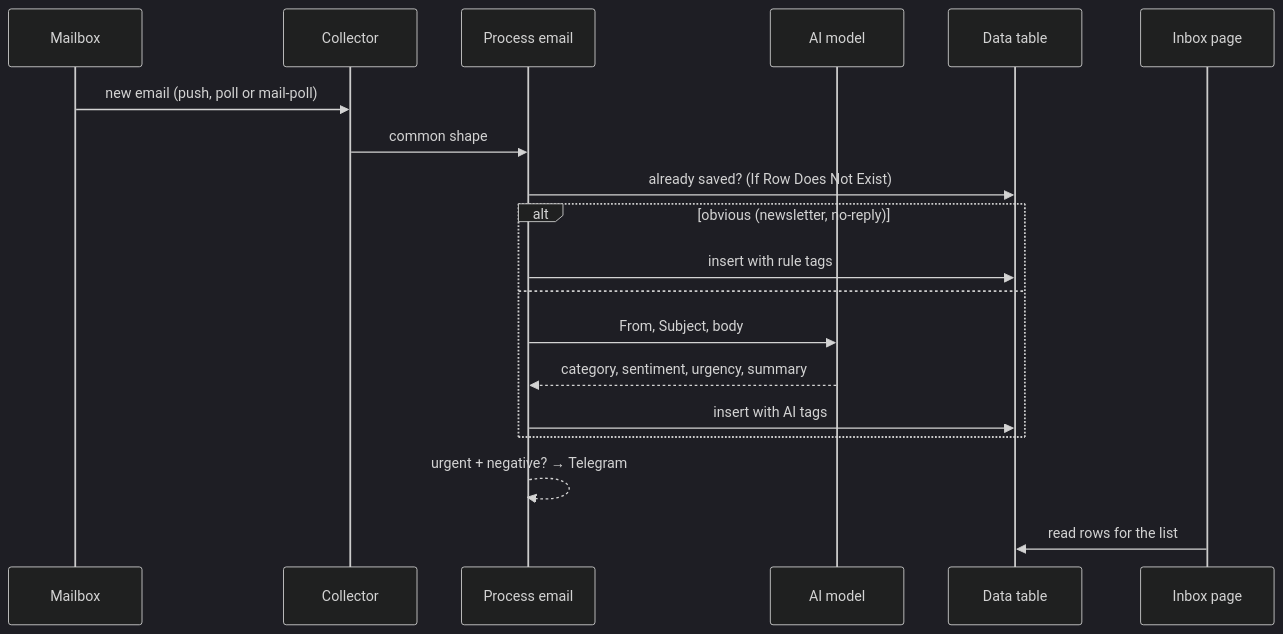
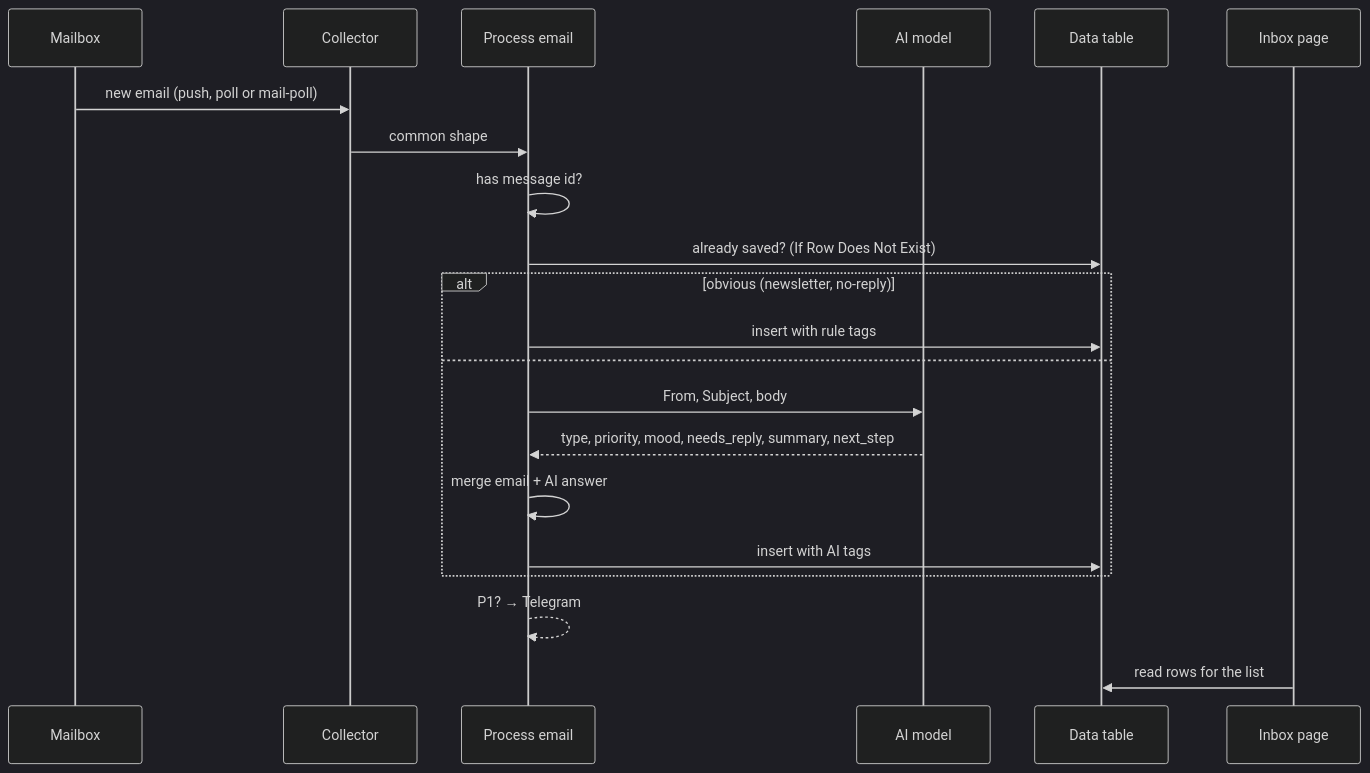
One commit to Olwethu-Dlamini/mailflow changed the diagram in docs/SYSTEM-DESIGN.md. Above: the diagram before and after it, drawn with Mermaid (dark theme). The commit also changed other lines of this file and 20 other files, not shown here.

Commit message:
Customer-service sorting: type, priority, mood, needs reply, next step; open/waiting/done pages

````diff
--- a/docs/SYSTEM-DESIGN.md
+++ b/docs/SYSTEM-DESIGN.md
@@ -132,21 +167,23 @@
 ```mermaid
 sequenceDiagram
   participant M as Mailbox
   participant C as Collector
   participant P as Process email
   participant AI as AI model
   participant T as Data table
   participant W as Inbox page
   M->>C: new email (push, poll or mail-poll)
   C->>P: common shape
+  P->>P: has message id?
   P->>T: already saved? (If Row Does Not Exist)
   alt obvious (newsletter, no-reply)
     P->>T: insert with rule tags
   else
     P->>AI: From, Subject, body
-    AI-->>P: category, sentiment, urgency, summary
+    AI-->>P: type, priority, mood, needs_reply, summary, next_step
+    P->>P: merge email + AI answer
     P->>T: insert with AI tags
   end
-  P-->>P: urgent + negative? → Telegram
+  P-->>P: P1? → Telegram
   W->>T: read rows for the list
 ```
````
